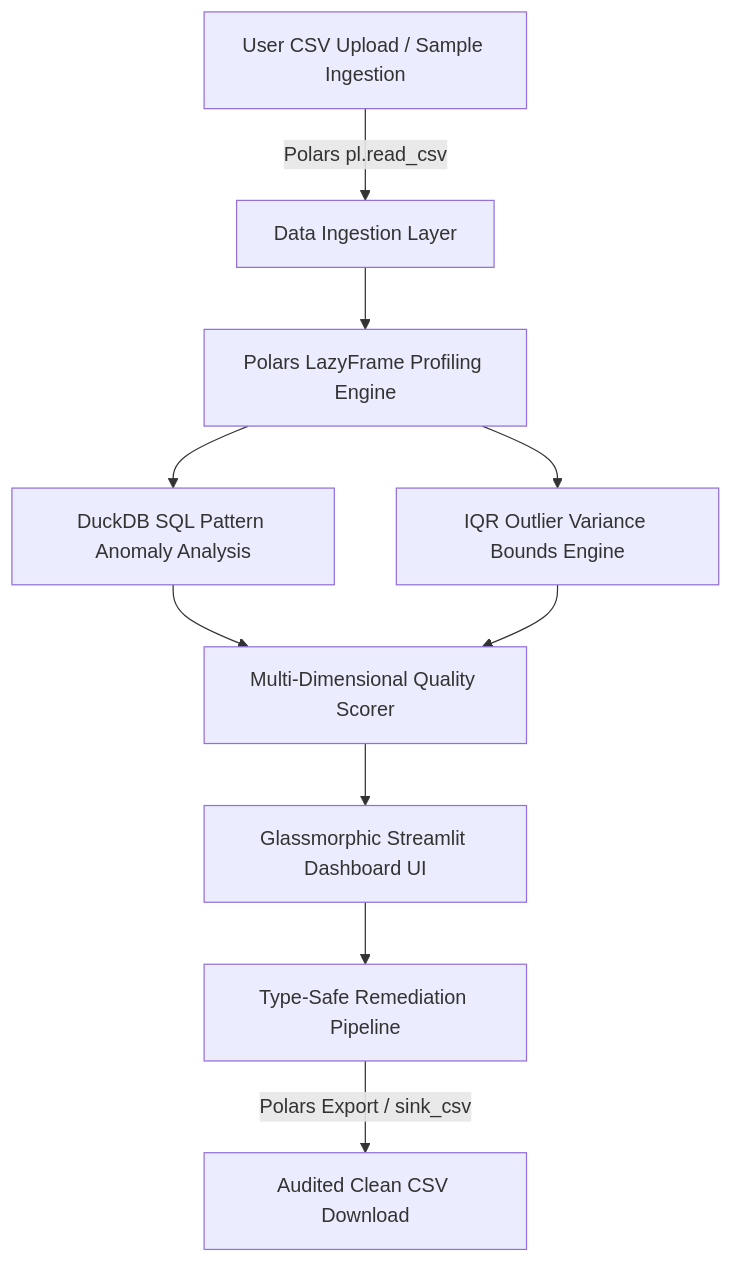
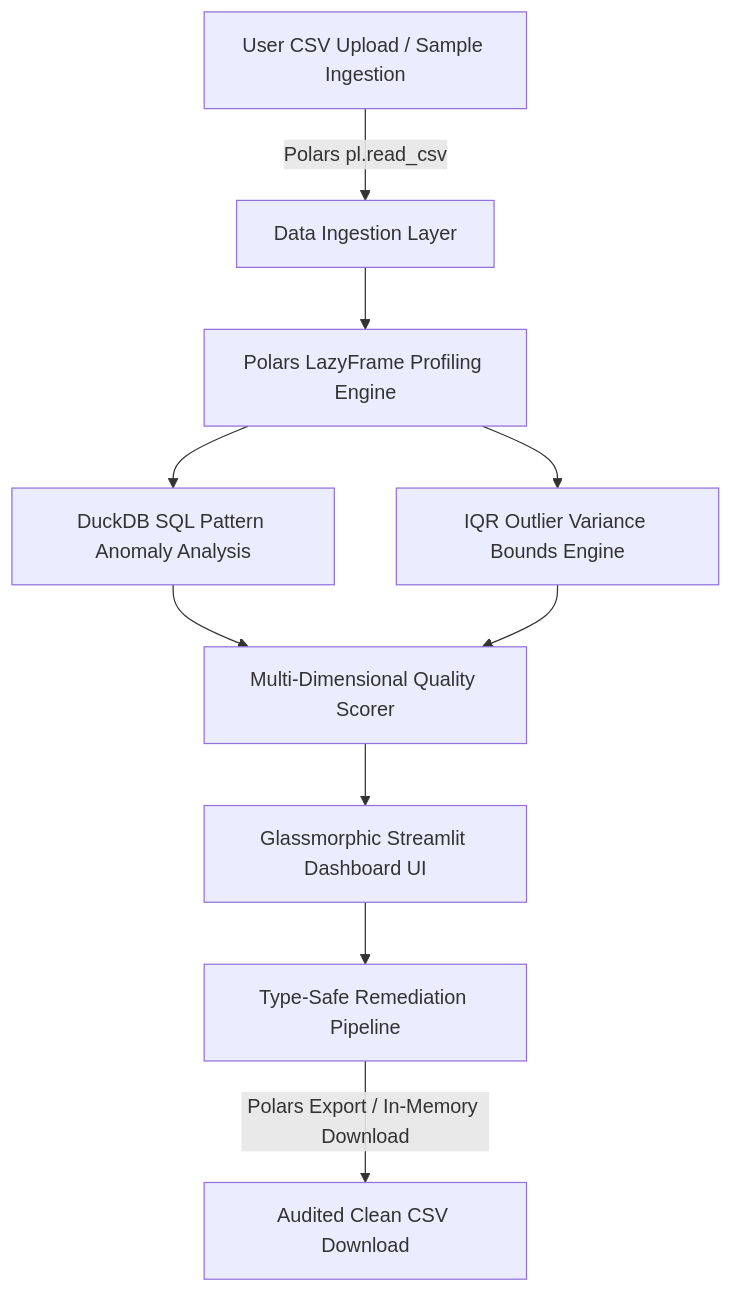
Before and after one commit to Ali-datasmith/Data-Quality-Auditor: the diagram in README.md, drawn with Mermaid. The commit also changed other lines of this file and 5 other files, not shown here.

````diff
--- a/README.md
+++ b/README.md
@@ -26,12 +26,12 @@
 ```mermaid
 graph TD
     A[User CSV Upload / Sample Ingestion] -->|Polars pl.read_csv| B[Data Ingestion Layer]
     B --> C[Polars LazyFrame Profiling Engine]
     C --> D[DuckDB SQL Pattern Anomaly Analysis]
     C --> E[IQR Outlier Variance Bounds Engine]
     D --> F[Multi-Dimensional Quality Scorer]
     E --> F
     F --> G[Glassmorphic Streamlit Dashboard UI]
     G --> H[Type-Safe Remediation Pipeline]
-    H -->|Polars Export / sink_csv| I[Audited Clean CSV Download]
+    H -->|Polars Export / In-Memory Download| I[Audited Clean CSV Download]
 ```
````
